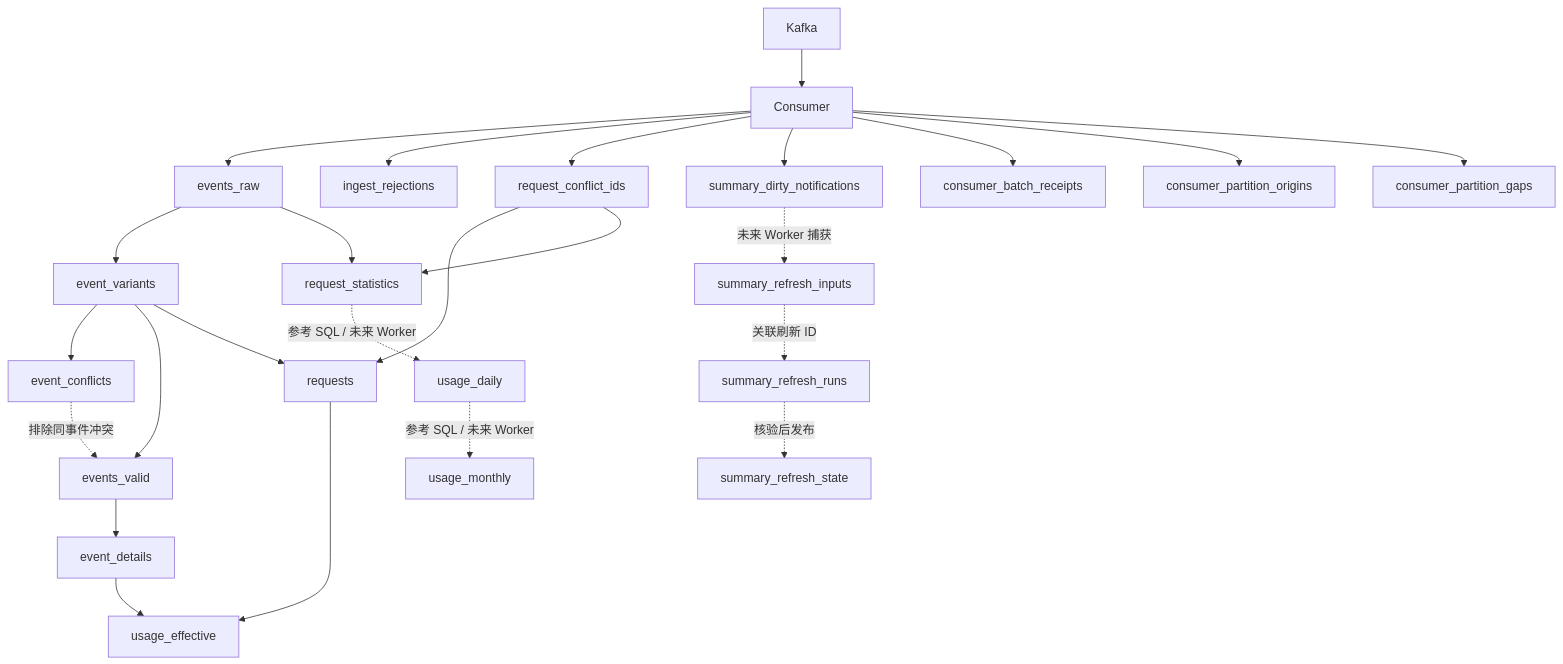
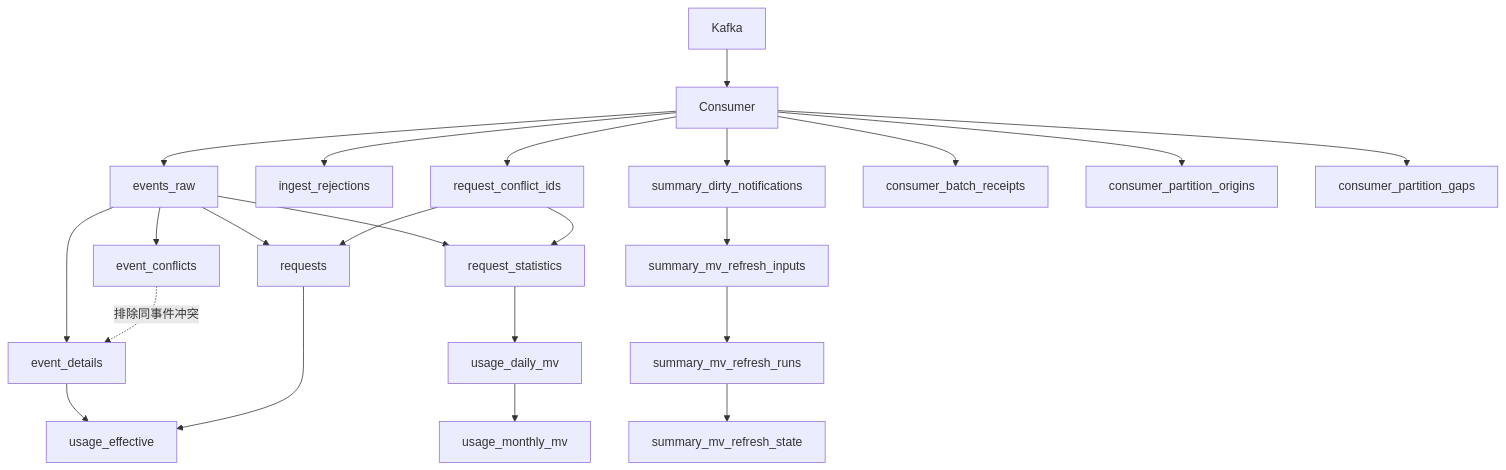
The diagram in docs/doris-database-schema.md (Fangyan33/llm-token-stats), drawn with Mermaid before and after one commit. The commit also changed other lines of this file and 66 other files, not shown here.

Commit message:
日/月汇总设计调整为物化视图

````diff
--- a/docs/doris-database-schema.md
+++ b/docs/doris-database-schema.md
@@ -44,27 +42,25 @@
 ```mermaid
 flowchart TD
   Kafka --> Consumer
   Consumer --> events_raw
   Consumer --> ingest_rejections
   Consumer --> request_conflict_ids
   Consumer --> summary_dirty_notifications
   Consumer --> consumer_batch_receipts
   Consumer --> consumer_partition_origins
   Consumer --> consumer_partition_gaps
-  events_raw --> event_variants
-  event_variants --> event_conflicts
-  event_variants --> events_valid
-  event_conflicts -. 排除同事件冲突 .-> events_valid
-  events_valid --> event_details
-  event_variants --> requests
+  events_raw --> event_conflicts
+  events_raw --> event_details
+  event_conflicts -. 排除同事件冲突 .-> event_details
+  events_raw --> requests
   request_conflict_ids --> requests
   event_details --> usage_effective
   requests --> usage_effective
   events_raw --> request_statistics
   request_conflict_ids --> request_statistics
-  request_statistics -. 参考 SQL / 未来 Worker .-> usage_daily
-  usage_daily -. 参考 SQL / 未来 Worker .-> usage_monthly
-  summary_dirty_notifications -. 未来 Worker 捕获 .-> summary_refresh_inputs
-  summary_refresh_inputs -. 关联刷新 ID .-> summary_refresh_runs
-  summary_refresh_runs -. 核验后发布 .-> summary_refresh_state
+  request_statistics --> usage_daily_mv
+  usage_daily_mv --> usage_monthly_mv
+  summary_dirty_notifications --> summary_mv_refresh_inputs
+  summary_mv_refresh_inputs --> summary_mv_refresh_runs
+  summary_mv_refresh_runs --> summary_mv_refresh_state
 ```
````
